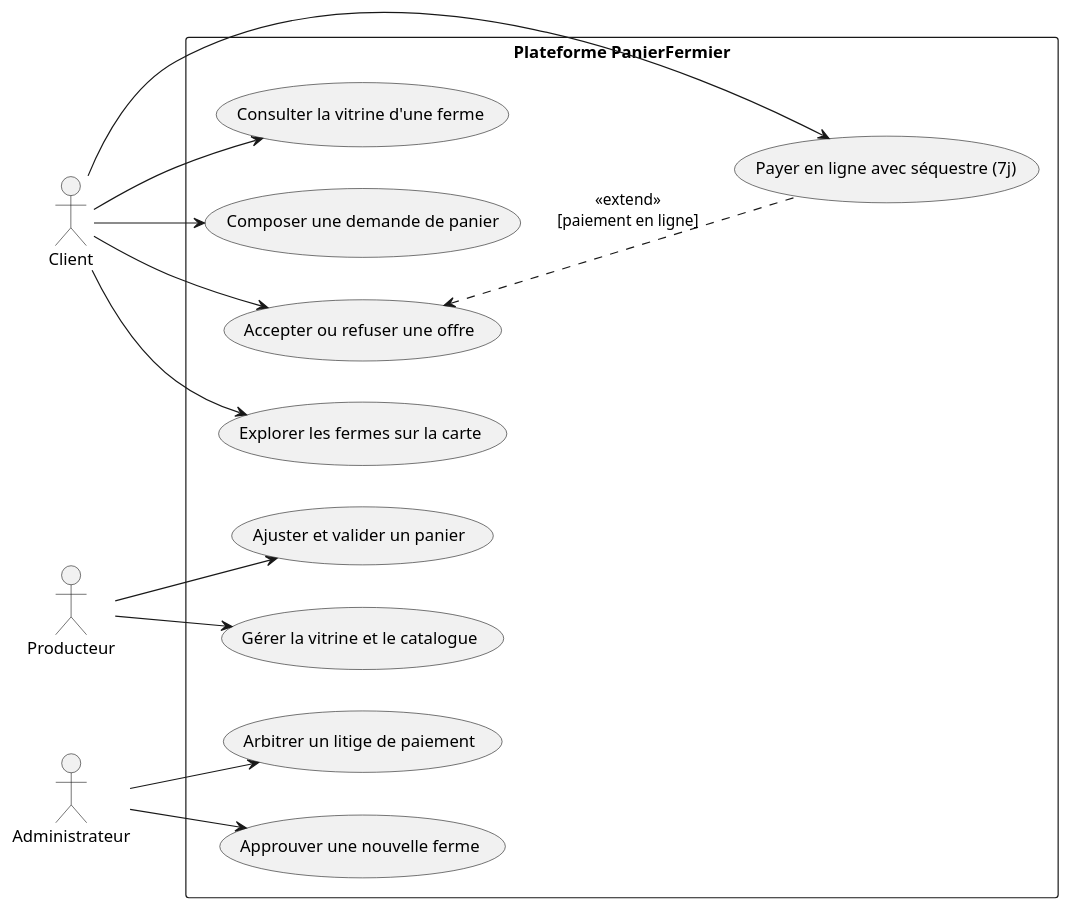
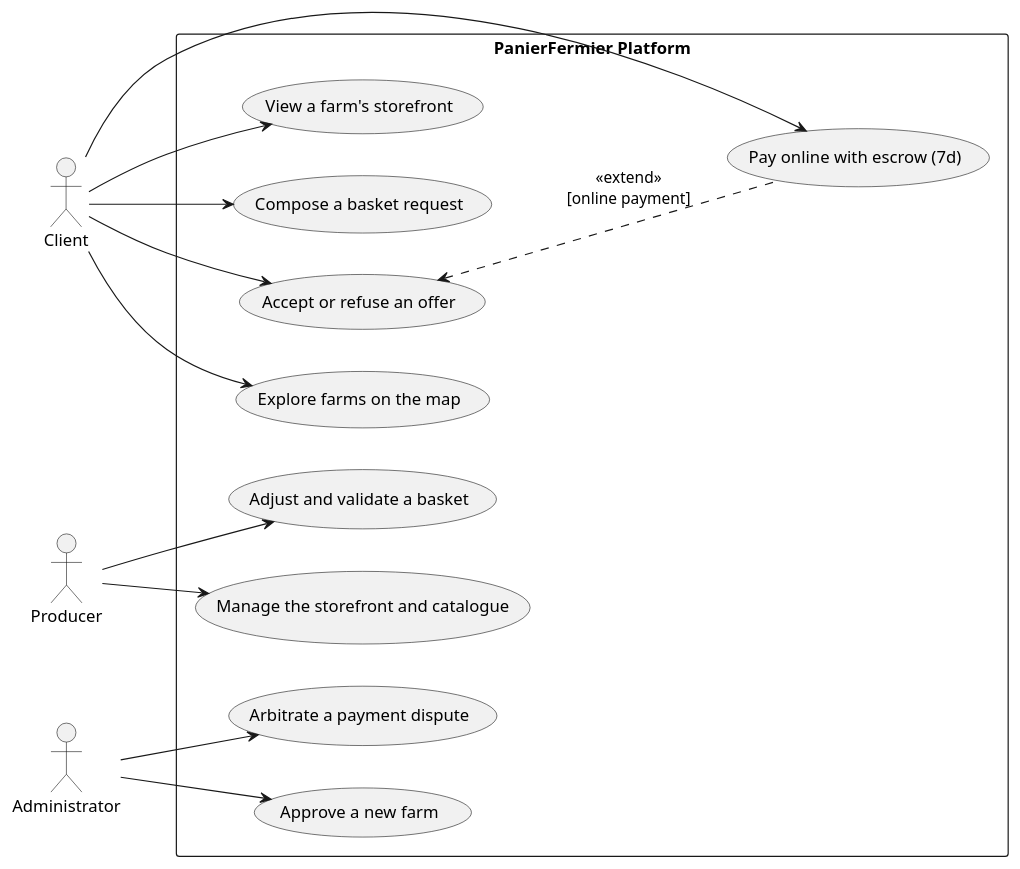
Before and after one commit to Uhrbaan/reis-panier-fermier: the second of 6 diagrams in REQUIREMENTS.md, drawn with PlantUML. The commit also changed other lines of this file and 14 other files, not shown here.

````diff
--- a/REQUIREMENTS.md
+++ b/REQUIREMENTS.md
@@ -201,41 +201,41 @@
 ```plantuml
 @startuml assets/diagrams/use-case
 left to right direction
 skinparam shadowing false
 
 actor "Client" as Client
-actor "Producteur" as Producteur
-actor "Administrateur" as Admin
+actor "Producer" as Producer
+actor "Administrator" as Admin
 
-rectangle "Plateforme PanierFermier" {
-    usecase "Explorer les fermes sur la carte" as UC1
-    usecase "Consulter la vitrine d'une ferme" as UC2
-    usecase "Composer une demande de panier" as UC3
-    usecase "Accepter ou refuser une offre" as UC4
-    usecase "Payer en ligne avec séquestre (7j)" as UC5
-    usecase "Gérer la vitrine et le catalogue" as UC6
-    usecase "Ajuster et valider un panier" as UC7
-    usecase "Approuver une nouvelle ferme" as UC8
-    usecase "Arbitrer un litige de paiement" as UC9
+rectangle "PanierFermier Platform" {
+    usecase "Explore farms on the map" as UC1
+    usecase "View a farm's storefront" as UC2
+    usecase "Compose a basket request" as UC3
+    usecase "Accept or refuse an offer" as UC4
+    usecase "Pay online with escrow (7d)" as UC5
+    usecase "Manage the storefront and catalogue" as UC6
+    usecase "Adjust and validate a basket" as UC7
+    usecase "Approve a new farm" as UC8
+    usecase "Arbitrate a payment dispute" as UC9
 }
 
-' Relations Client
+' Client relations
 Client --> UC1
 Client --> UC2
 Client --> UC3
 Client --> UC4
 Client --> UC5
 
-' Relations Producteur
-Producteur --> UC6
-Producteur --> UC7
+' Producer relations
+Producer --> UC6
+Producer --> UC7
 
-' Relations Admin
+' Admin relations
 Admin --> UC8
 Admin --> UC9
 
-' Dépendances UML valides
-UC4 <.. UC5 : <<extend>>\n[paiement en ligne]
+' Valid UML dependencies
+UC4 <.. UC5 : <<extend>>\n[online payment]
 
 @enduml
 ```
````
